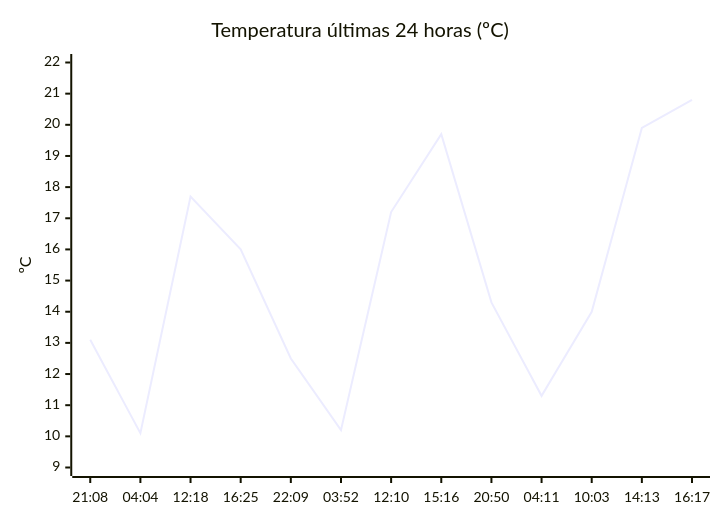
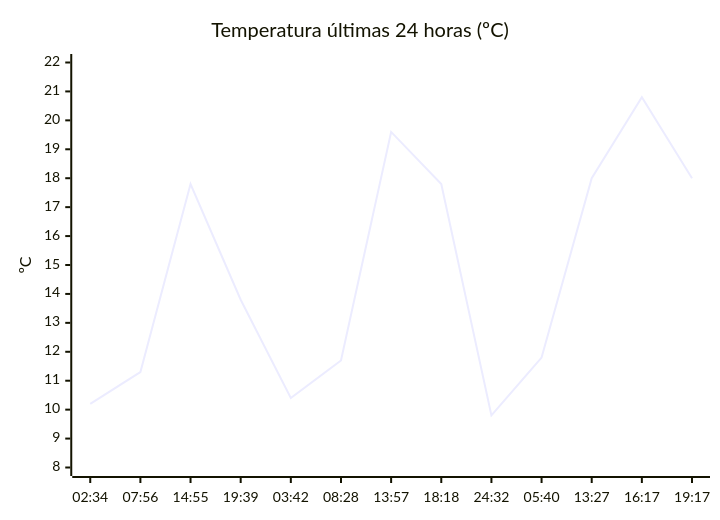
One commit to solidsnk86/rem-scrap changed the diagram in README.md. Above: the diagram before and after it, drawn with Mermaid. The commit also changed other lines of this file, not shown here.

````diff
--- a/README.md
+++ b/README.md
@@ -28,7 +28,7 @@
 ```mermaid
 xychart-beta
     title "Temperatura últimas 24 horas (ºC)"
-    x-axis ["21:08", "04:04", "12:18", "16:25", "22:09", "03:52", "12:10", "15:16", "20:50", "04:11", "10:03", "14:13", "16:17"]
-    y-axis "ºC" 9 --> 22
-    line [13.1, 10.1, 17.7, 16, 12.5, 10.2, 17.2, 19.7, 14.3, 11.3, 14, 19.9, 20.8]
+    x-axis ["02:34", "07:56", "14:55", "19:39", "03:42", "08:28", "13:57", "18:18", "24:32", "05:40", "13:27", "16:17", "19:17"]
+    y-axis "ºC" 8 --> 22
+    line [10.2, 11.3, 17.8, 13.8, 10.4, 11.7, 19.6, 17.8, 9.8, 11.8, 18, 20.8, 18]
 ```
````
